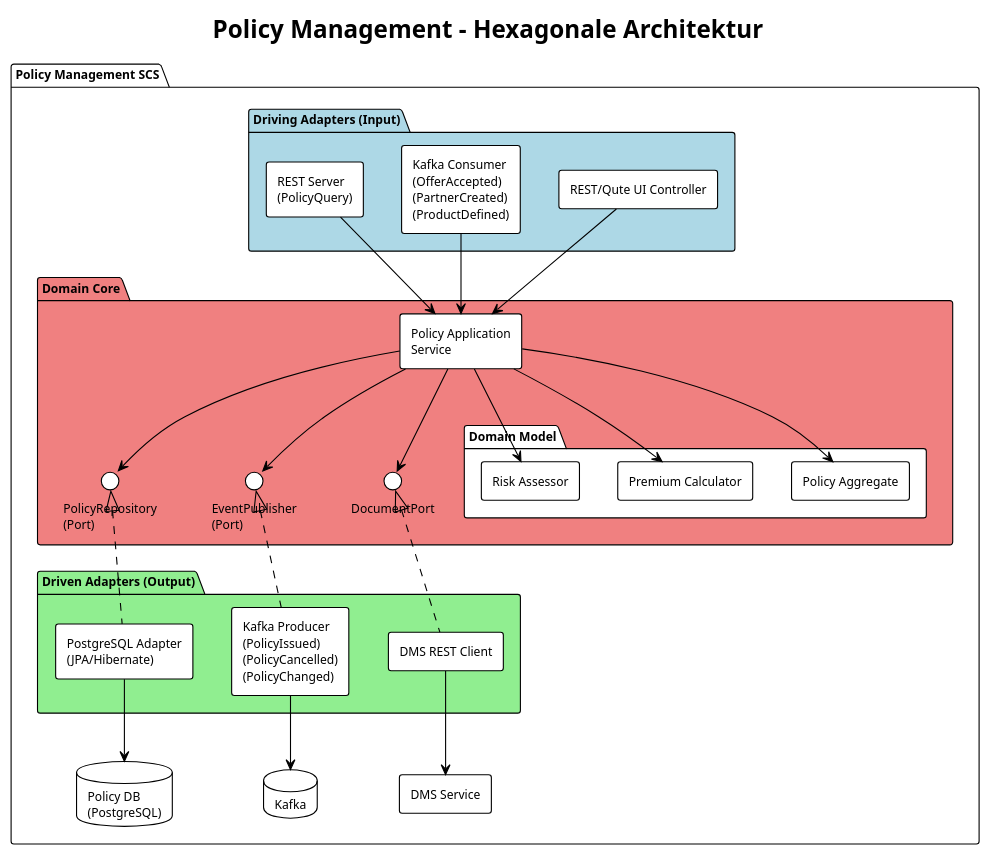
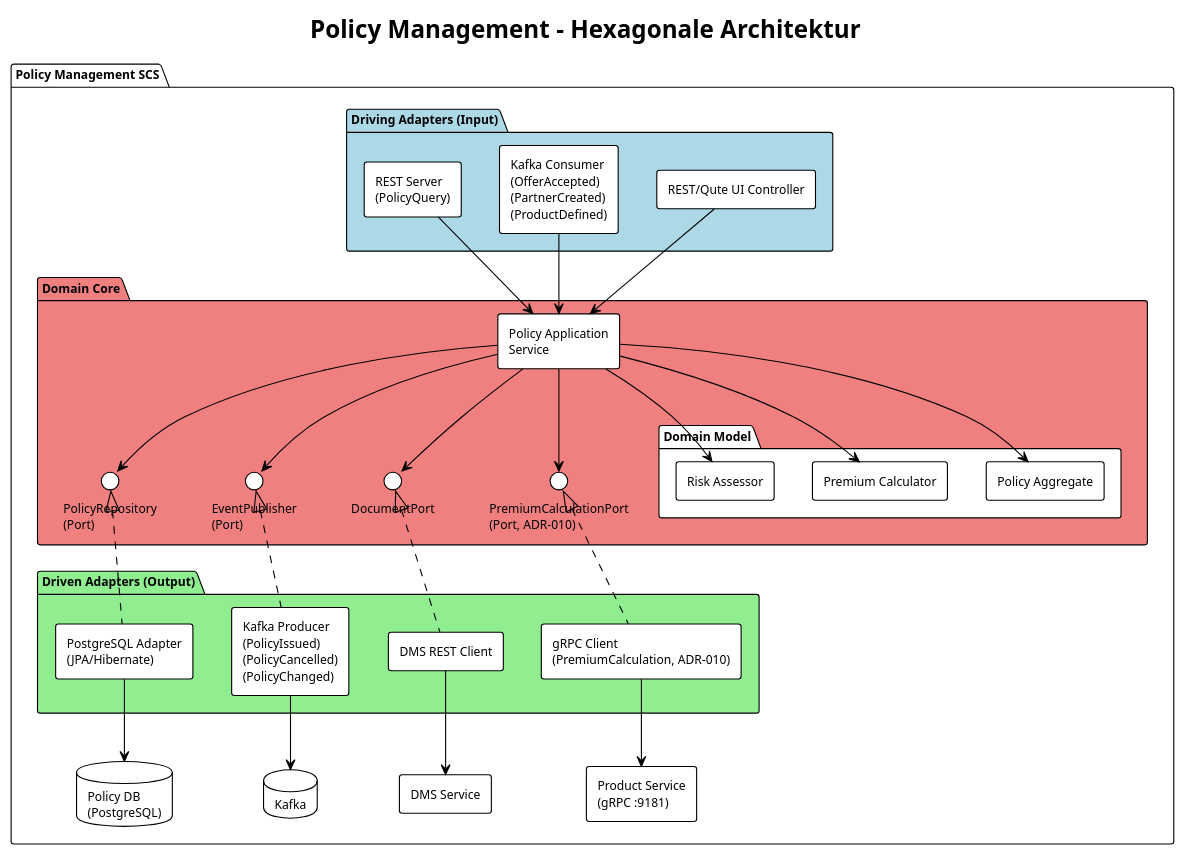
The fifth of 16 diagrams in specs/arc42.md (LukasW/datamesh), drawn with PlantUML before and after one commit. The commit also changed other lines of this file and 524 other files, not shown here.

````diff
--- a/specs/arc42.md
+++ b/specs/arc42.md
@@ -370,60 +371,66 @@
 ```plantuml
 @startuml baustein-policy
 !theme plain
 skinparam defaultFontSize 11
 skinparam componentStyle rectangle
 
 title Policy Management – Hexagonale Architektur
 
 package "Policy Management SCS" {
 
   package "Driving Adapters (Input)" #LightBlue {
     [REST/Qute UI Controller] as UI
     [Kafka Consumer\n(OfferAccepted)\n(PartnerCreated)\n(ProductDefined)] as KCONS
     [REST Server\n(PolicyQuery)] as REST_IN
   }
 
   package "Domain Core" #LightCoral {
     [Policy Application\nService] as APP
     package "Domain Model" {
       [Policy Aggregate] as POL_AGG
       [Premium Calculator] as PREM
       [Risk Assessor] as RISK
     }
     interface "PolicyRepository\n(Port)" as REPO_PORT
     interface "EventPublisher\n(Port)" as EVENT_PORT
     interface "DocumentPort" as DOC_PORT
+    interface "PremiumCalculationPort\n(Port, ADR-010)" as PREM_PORT
   }
 
   package "Driven Adapters (Output)" #LightGreen {
     [PostgreSQL Adapter\n(JPA/Hibernate)] as DB_ADAPT
     [Kafka Producer\n(PolicyIssued)\n(PolicyCancelled)\n(PolicyChanged)] as KPROD
     [DMS REST Client] as DMS_ADAPT
+    [gRPC Client\n(PremiumCalculation, ADR-010)] as GRPC_ADAPT
   }
 
   database "Policy DB\n(PostgreSQL)" as POLDB
   database "Kafka" as KAFKA
   component "DMS Service" as DMS
+  component "Product Service\n(gRPC :9181)" as PRODSVC
 }
 
 UI --> APP
 KCONS --> APP
 REST_IN --> APP
 
 APP --> POL_AGG
 APP --> PREM
 APP --> RISK
 APP --> REPO_PORT
 APP --> EVENT_PORT
 APP --> DOC_PORT
+APP --> PREM_PORT
 
 REPO_PORT <|.. DB_ADAPT
 EVENT_PORT <|.. KPROD
 DOC_PORT <|.. DMS_ADAPT
+PREM_PORT <|.. GRPC_ADAPT
 
 DB_ADAPT --> POLDB
 KPROD --> KAFKA
 DMS_ADAPT --> DMS
+GRPC_ADAPT --> PRODSVC
 
 @enduml
 ```
````
